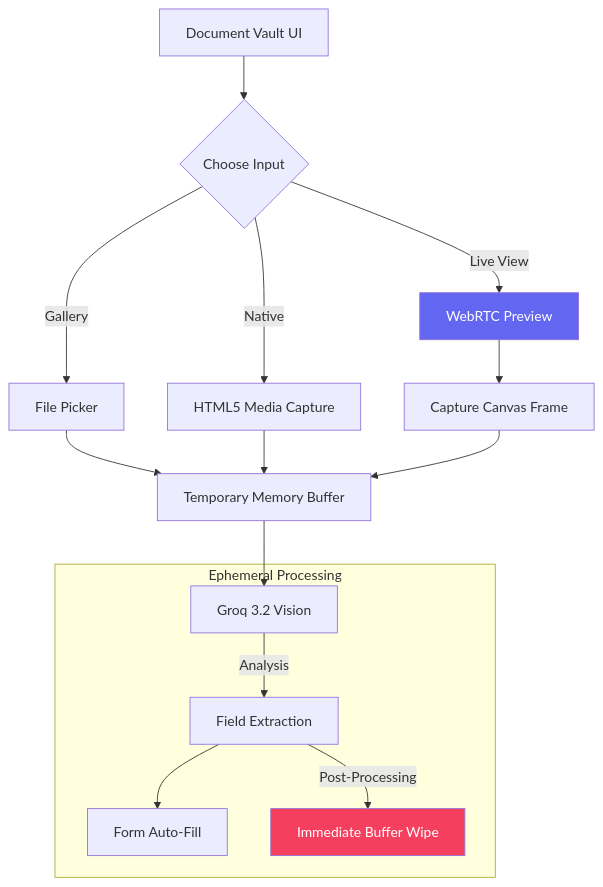
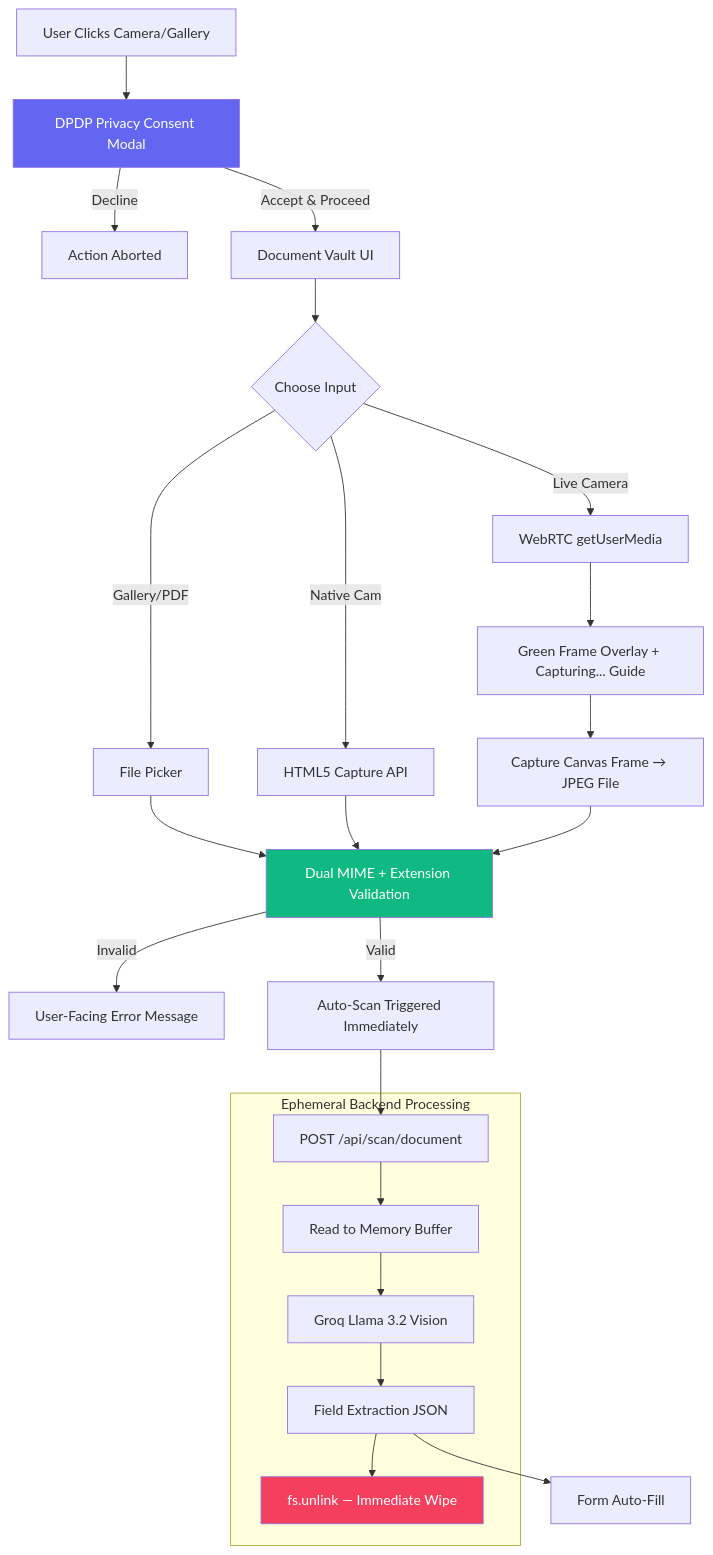
Before and after one commit to abhay-patil-cse27/agri-scheme-eligibility-rag: the fourth of 4 diagrams in docs/ADVANCED_FEATURES.md, drawn with Mermaid. The commit also changed other lines of this file and 4 other files, not shown here.

````diff
--- a/docs/ADVANCED_FEATURES.md
+++ b/docs/ADVANCED_FEATURES.md
@@ -249,23 +275,34 @@
 ```mermaid
 graph TD
-    UI[Document Vault UI] --> Choice{Choose Input}
-    Choice -- "Gallery" --> OS[File Picker]
-    Choice -- "Live View" --> RTC[WebRTC Preview]
-    Choice -- "Native" --> API[HTML5 Media Capture]
+    Click[User Clicks Camera/Gallery] --> Modal[DPDP Privacy Consent Modal]
+    Modal -- "Decline" --> Abort[Action Aborted]
+    Modal -- "Accept & Proceed" --> UI[Document Vault UI]
 
-    RTC --> Snap[Capture Canvas Frame]
-    OS --> Buffer[Temporary Memory Buffer]
-    API --> Buffer
+    UI --> Choice{Choose Input}
+    Choice -- "Gallery/PDF" --> OS[File Picker]
+    Choice -- "Live Camera" --> RTC[WebRTC getUserMedia]
+    Choice -- "Native Cam" --> API[HTML5 Capture API]
 
-    Snap --> Buffer
-    Buffer --> Groq[Groq 3.2 Vision]
-    
-    subgraph "Ephemeral Processing"
-        Groq -- "Analysis" --> Extract[Field Extraction]
-        Extract --> AutoFill[Form Auto-Fill]
-        Extract -- "Post-Processing" --> Delete[Immediate Buffer Wipe]
+    RTC --> Overlay[Green Frame Overlay + Capturing... Guide]
+    Overlay --> Snap[Capture Canvas Frame → JPEG File]
+    OS --> Validate[Dual MIME + Extension Validation]
+    API --> Validate
+    Snap --> Validate
+
+    Validate -- "Invalid" --> Error[User-Facing Error Message]
+    Validate -- "Valid" --> AutoScan[Auto-Scan Triggered Immediately]
+    AutoScan --> Backend[POST /api/scan/document]
+
+    subgraph "Ephemeral Backend Processing"
+        Backend --> Read[Read to Memory Buffer]
+        Read --> Groq[Groq Llama 3.2 Vision]
+        Groq --> Extract[Field Extraction JSON]
+        Extract --> Delete[fs.unlink — Immediate Wipe]
     end
 
-    style RTC fill:#6366f1,color:white
+    Extract --> AutoFill[Form Auto-Fill]
+
+    style Modal fill:#6366f1,color:white
     style Delete fill:#f43f5e,color:white
+    style Validate fill:#10b981,color:white
 ```
````
